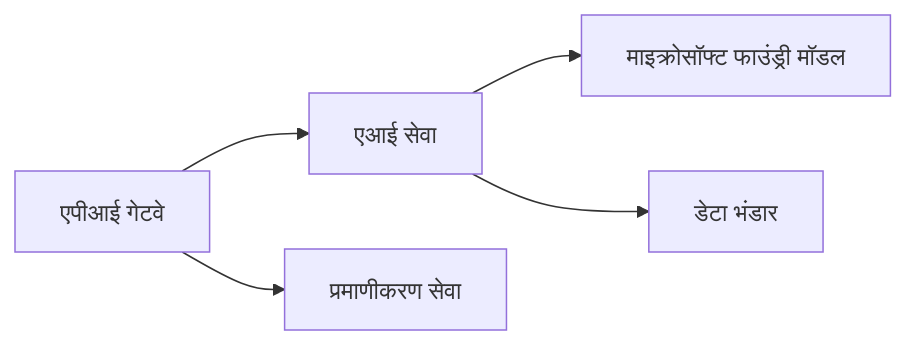
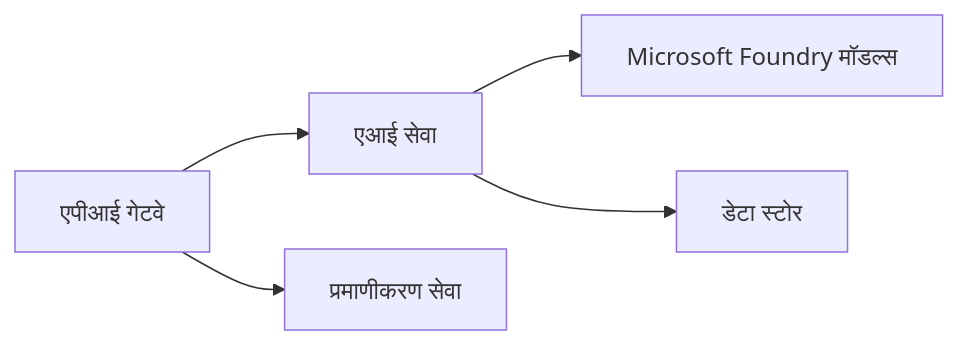
The first of 2 diagrams in translations/hi/docs/chapter-08-production/README.md (microsoft/AZD-for-beginners), drawn with Mermaid before and after one commit. The commit also changed other lines of this file and 104 other files, not shown here.

````diff
--- a/translations/hi/docs/chapter-08-production/README.md
+++ b/translations/hi/docs/chapter-08-production/README.md
@@ -48,6 +48,6 @@
 ```mermaid
 graph LR
-    Gateway[एपीआई गेटवे] --> AI[एआई सेवा] --> Models[माइक्रोसॉफ्ट फाउंड्री मॉडल]
+    Gateway[एपीआई गेटवे] --> AI[एआई सेवा] --> Models[Microsoft Foundry मॉडल्स]
     Gateway --> Auth[प्रमाणीकरण सेवा]
-    AI --> Data[डेटा भंडार]
+    AI --> Data[डेटा स्टोर]
 ```
````
